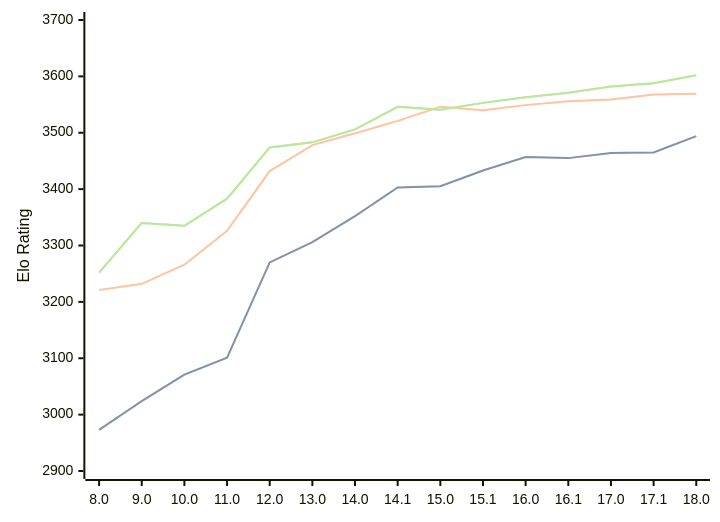
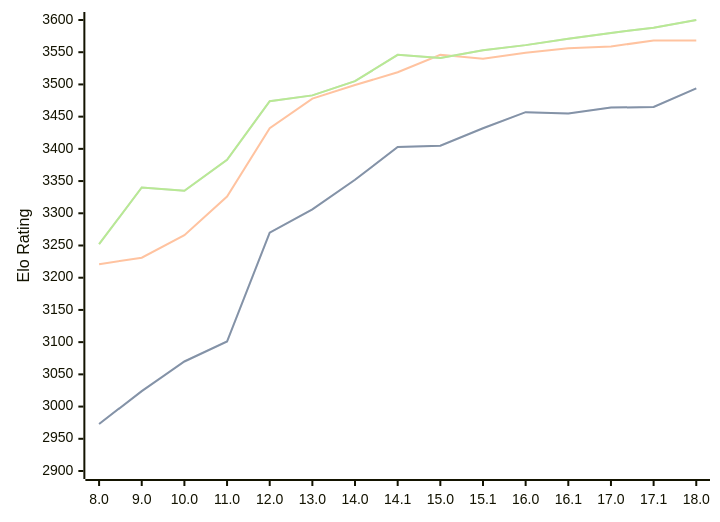
The first of 3 diagrams in engines/Stockfish.md (computer-chess-index/cci), drawn with Mermaid before and after one commit. The commit also changed other lines of this file, not shown here.

Commit message:
Update CCI Ratings (ELO VLTC) - 2026-06-20

````diff
--- a/engines/Stockfish.md
+++ b/engines/Stockfish.md
@@ -46,11 +46,11 @@
 ```mermaid
 %%{init: {"theme":"base","themeVariables":{"seriesColors:['#a3a3a3','#222221','#faa371']}}}%%
 xychart-beta
   x-axis ["8.0", "9.0", "10.0", "11.0", "12.0", "13.0", "14.0", "14.1", "15.0", "15.1", "16.0", "16.1", "17.0", "17.1", "18.0"]
-  y-axis "Elo Rating" 2900 --> 3700
-  line "STC (8.0+0.08s)" [2973, 3024, 3071, 3101, 3270, 3306, 3352, 3403, 3405, 3433, 3457, 3455, 3464, 3465, 3494]
-  line "STC (8.0+0.08s)" [2973, 3024, 3071, 3101, 3270, 3306, 3352, 3403, 3405, 3433, 3457, 3455, 3464, 3465, 3494]
-  line "LTC (60.0+0.60s)" [3221, 3232, 3266, 3326, 3432, 3478, 3499, 3521, 3546, 3540, 3549, 3556, 3559, 3568, 3569]
-  line "VLTC (2m24s+1.12s)" [3252, 3340, 3335, 3383, 3474, 3483, 3506, 3546, 3541, 3553, 3563, 3571, 3582, 3588, 3602]
-  line "VLTC (2m24s+1.12s)" [3252, 3340, 3335, 3383, 3474, 3483, 3506, 3546, 3541, 3553, 3563, 3571, 3582, 3588, 3602]
+  y-axis "Elo Rating" 2900 --> 3600
+  line "STC (8.0+0.08s)" [2973, 3024, 3070, 3101, 3270, 3306, 3352, 3403, 3405, 3432, 3457, 3455, 3464, 3465, 3494]
+  line "STC (8.0+0.08s)" [2973, 3024, 3070, 3101, 3270, 3306, 3352, 3403, 3405, 3432, 3457, 3455, 3464, 3465, 3494]
+  line "LTC (60.0+0.60s)" [3221, 3231, 3266, 3326, 3432, 3478, 3499, 3519, 3546, 3540, 3549, 3556, 3559, 3568, 3568]
+  line "VLTC (2m24s+1.12s)" [3252, 3340, 3335, 3383, 3474, 3483, 3505, 3546, 3541, 3553, 3561, 3571, 3580, 3588, 3600]
+  line "VLTC (2m24s+1.12s)" [3252, 3340, 3335, 3383, 3474, 3483, 3505, 3546, 3541, 3553, 3561, 3571, 3580, 3588, 3600]
 ```
````
